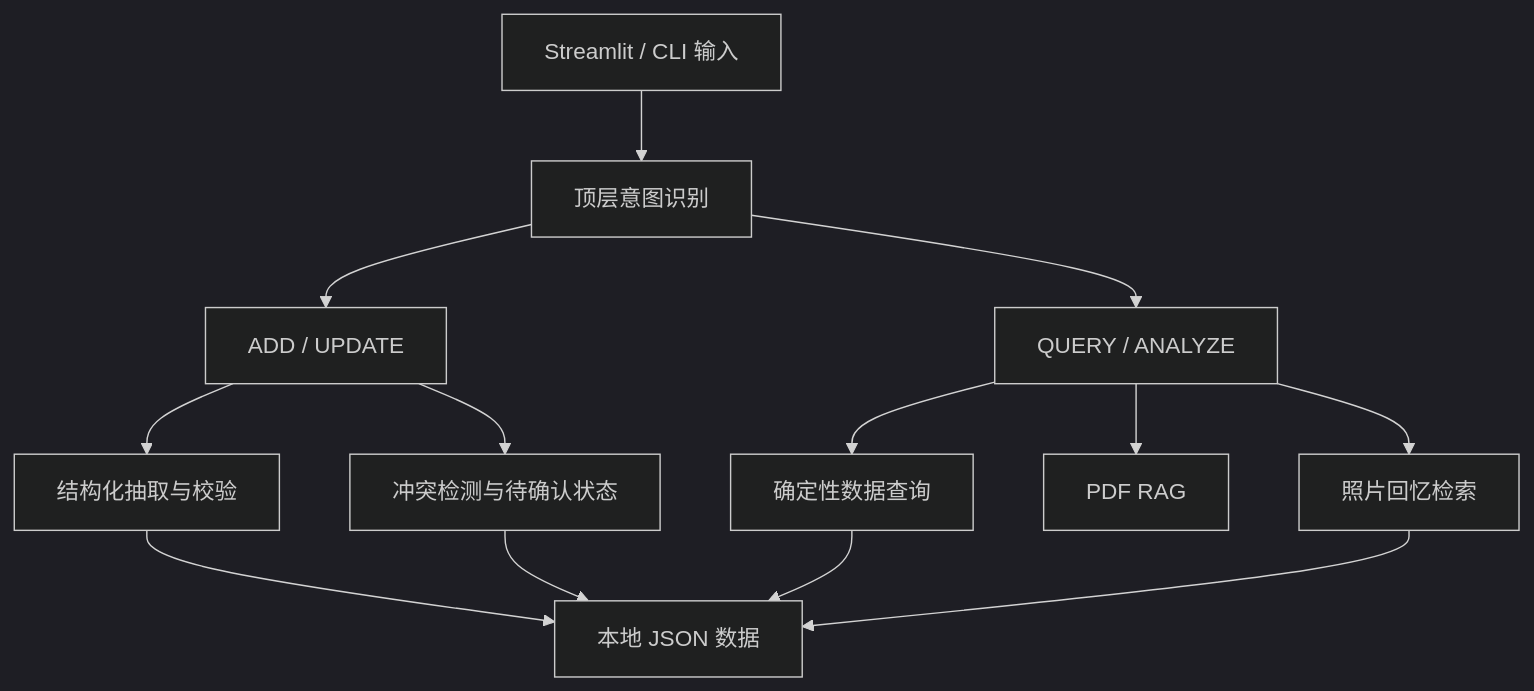
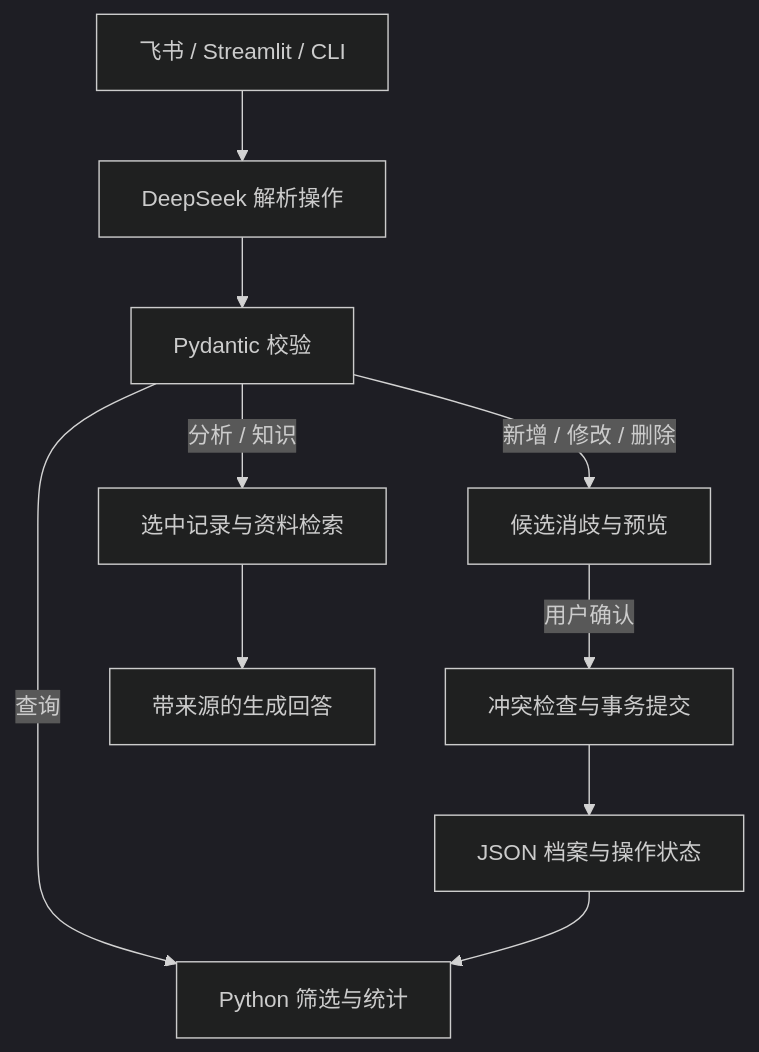
Before and after one commit to XinqiZhuang/parenting-memory-agent: the diagram in README.md, drawn with Mermaid (dark theme). The commit also changed other lines of this file and 31 other files, not shown here.

````diff
--- a/README.md
+++ b/README.md
@@ -162,15 +32,12 @@
-```mermaid
+~~~mermaid
 flowchart TD
-    A["Streamlit / CLI 输入"] --> B["顶层意图识别"]
-    B --> C["ADD / UPDATE"]
-    B --> D["QUERY / ANALYZE"]
-    C --> E["结构化抽取与校验"]
-    C --> F["冲突检测与待确认状态"]
-    D --> G["确定性数据查询"]
-    D --> H["PDF RAG"]
-    D --> I["照片回忆检索"]
-    E --> J["本地 JSON 数据"]
-    F --> J
-    G --> J
-    I --> J
-```
+    A["飞书 / Streamlit / CLI"] --> B["DeepSeek 解析操作"]
+    B --> C["Pydantic 校验"]
+    C -->|查询| D["Python 筛选与统计"]
+    C -->|新增 / 修改 / 删除| E["候选消歧与预览"]
+    E -->|用户确认| F["冲突检查与事务提交"]
+    C -->|分析 / 知识| G["选中记录与资料检索"]
+    G --> H["带来源的生成回答"]
+    F --> I["JSON 档案与操作状态"]
+    I --> D
+~~~
````
